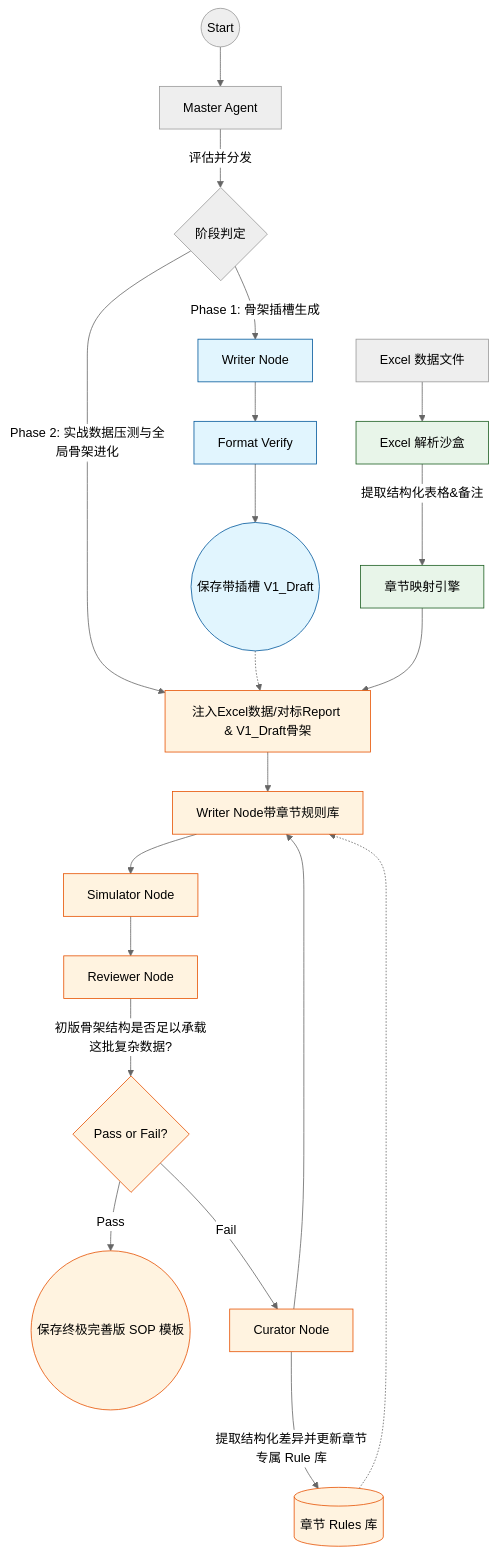
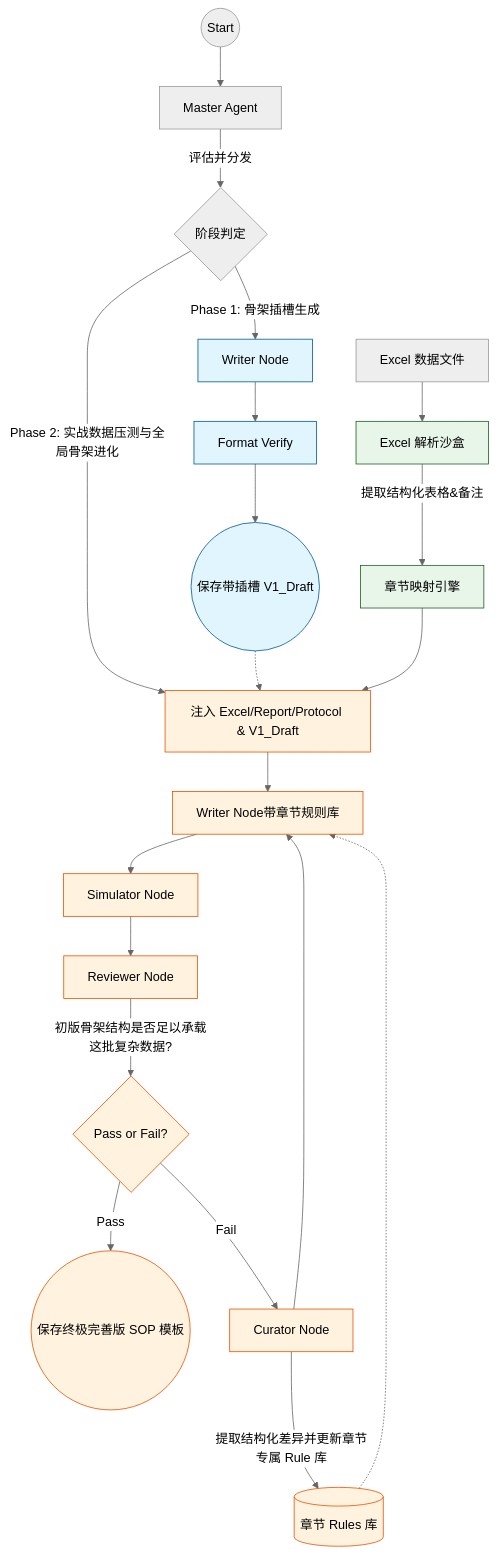
One commit to 1stphs/glp_generate-sop changed the diagram in docs/architecture_proposal.md. Above: the diagram before and after it, drawn with Mermaid (neutral theme). The commit also changed other lines of this file and 170 other files, not shown here.

````diff
--- a/docs/architecture_proposal.md
+++ b/docs/architecture_proposal.md
@@ -99,35 +110,35 @@
 ```mermaid
 graph TD
     classDef phase1 fill:#e1f5fe,stroke:#01579b;
     classDef phase2 fill:#fff3e0,stroke:#e65100;
     classDef sandbox fill:#e8f5e9,stroke:#1b5e20;
 
     Start((Start)) --> Master[Master Agent]
     
     Master --> |评估并分发| Phase_Router{阶段判定}
     
     %% Phase 1
     Phase_Router -->|Phase 1: 骨架插槽生成| W1[Writer Node]:::phase1
     W1 --> V1[Format Verify]:::phase1
     V1 --> End1((保存带插槽 V1_Draft)):::phase1
     
     %% Phase 2
     Excel[Excel 数据文件] --> Sandbox[Excel 解析沙盒]:::sandbox
     Sandbox --> |提取结构化表格&备注| Mapper[章节映射引擎]:::sandbox
     
-    Phase_Router -->|Phase 2: 实战数据压测与全局骨架进化| DataSync[注入Excel数据/对标Report & V1_Draft骨架]:::phase2
+    Phase_Router -->|Phase 2: 实战数据压测与全局骨架进化| DataSync[注入 Excel/Report/Protocol & V1_Draft]:::phase2
     End1 -.-> DataSync
     Mapper --> DataSync
     
     DataSync --> W2[Writer Node带章节规则库]:::phase2
     W2 --> S2[Simulator Node]:::phase2
     S2 --> R2[Reviewer Node]:::phase2
     
     R2 --> |初版骨架结构是否足以承载这批复杂数据?| Eval{Pass or Fail?}:::phase2
     Eval --> |Pass| End2((保存终极完善版 SOP 模板)):::phase2
     Eval --> |Fail| C2[Curator Node]:::phase2
     
     C2 --> |提取结构化差异并更新章节专属 Rule 库| RuleDB[(章节 Rules 库)]:::phase2
     RuleDB -.-> W2
     C2 --> W2
 ```
````
